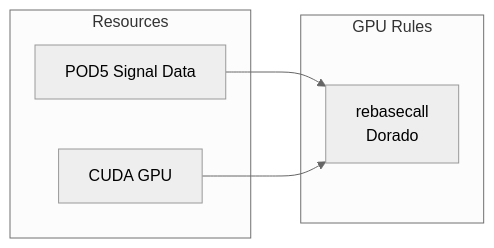
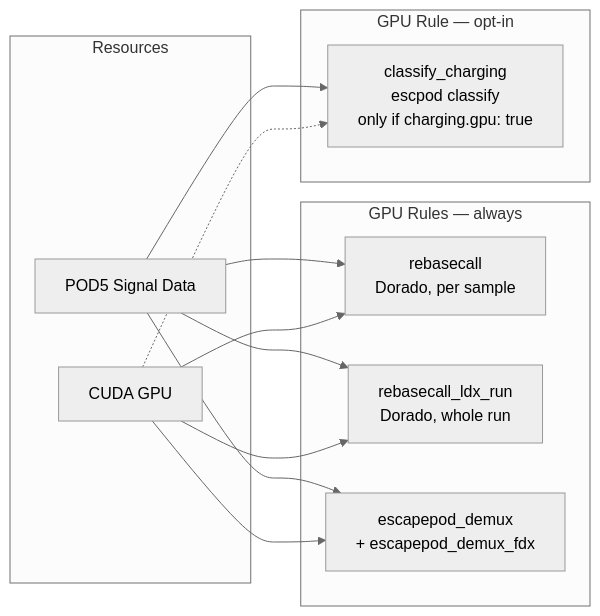
Before and after one commit to rnabioco/aa-tRNA-seq-pipeline: the diagram in docs/cluster/gpu-configuration.md, drawn with Mermaid (neutral theme). The commit also changed other lines of this file and 11 other files, not shown here.

First line of the commit message:
docs: catch up docs to LDX/FDX demux, calmd, and POD5 staging (#182)

````diff
--- a/docs/cluster/gpu-configuration.md
+++ b/docs/cluster/gpu-configuration.md
@@ -34,14 +37,26 @@
 ```mermaid
 flowchart LR
-    subgraph GPU Rules
-        A[rebasecall<br/>Dorado]
+    subgraph GPURules[GPU Rules — always]
+        A[rebasecall<br/>Dorado, per sample]
+        A2[rebasecall_ldx_run<br/>Dorado, whole run]
+        A3[escapepod_demux<br/>+ escapepod_demux_fdx]
+    end
+
+    subgraph GPUOpt[GPU Rule — opt-in]
+        B[classify_charging<br/>escpod classify<br/>only if charging.gpu: true]
     end
 
     subgraph Resources
         C[POD5 Signal Data]
         D[CUDA GPU]
     end
 
     C --> A
+    C --> A2
+    C --> A3
+    C --> B
     D --> A
+    D --> A2
+    D --> A3
+    D -.-> B
 ```
````
